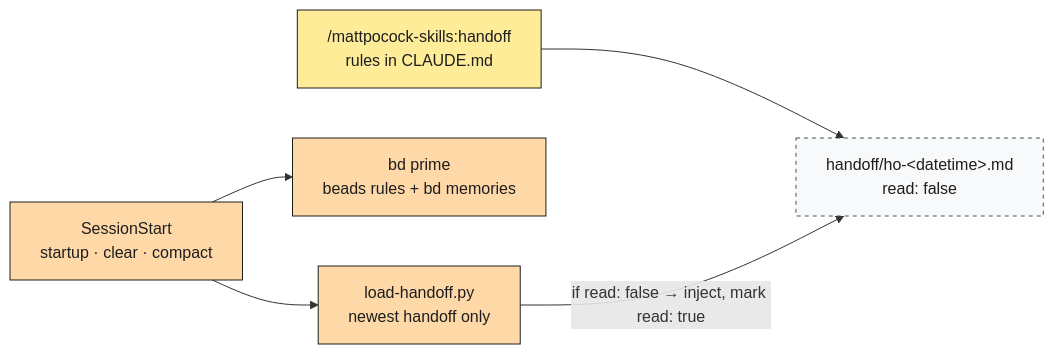
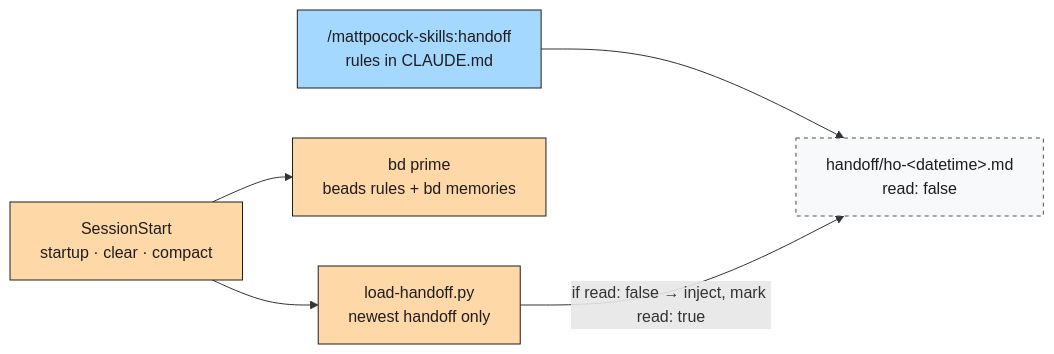
Before and after one commit to Ancora-Ancora/mra-flow: the fifth of 5 diagrams in payload/orchestrator/.mra-flow/docs/mra-flow.md, drawn with Mermaid. The commit also changed other lines of this file and 2 other files, not shown here.

First line of the commit message:
Colour the flow diagram by skill author; release 0.1.9

````diff
--- a/payload/orchestrator/.mra-flow/docs/mra-flow.md
+++ b/payload/orchestrator/.mra-flow/docs/mra-flow.md
@@ -189,11 +194,11 @@
 ```mermaid
 flowchart LR
-    classDef mp fill:#ffec99,stroke:#1e1e1e,color:#1e1e1e
+    classDef mp fill:#a5d8ff,stroke:#1e1e1e,color:#1e1e1e
     classDef hook fill:#ffd8a8,stroke:#1e1e1e,color:#1e1e1e
     classDef art fill:#f8f9fa,stroke:#495057,stroke-dasharray:4 4,color:#1e1e1e
 
     ho["/mattpocock-skills:handoff<br/>rules in CLAUDE.md"]:::mp --> hf["handoff/ho-#lt;datetime#gt;.md<br/>read: false"]:::art
     ss["SessionStart<br/>startup · clear · compact"]:::hook --> bp["bd prime<br/>beads rules + bd memories"]:::hook
     ss --> lh["load-handoff.py<br/>newest handoff only"]:::hook
     lh -- "if read: false → inject, mark read: true" --> hf
 ```
````
